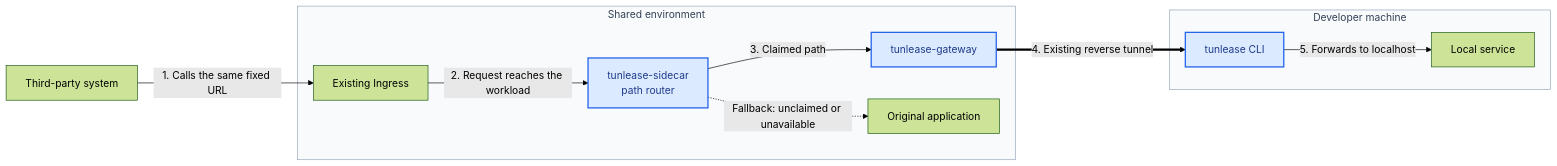
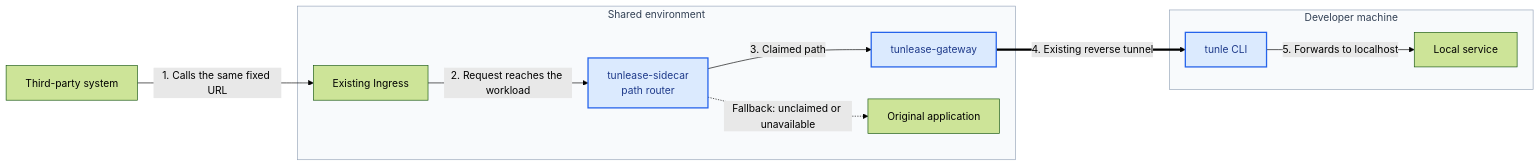
The diagram in README.md (iml885203/tunlease), drawn with Mermaid (forest theme) before and after one commit. The commit also changed other lines of this file and 19 other files, not shown here.

First line of the commit message:
feat: shorten CLI command to `tunle`; minimal bore-style demo

````diff
--- a/README.md
+++ b/README.md
@@ -11,21 +11,21 @@
 ```mermaid
 flowchart LR
     ThirdParty[Third-party system] -->|"1. Calls the same fixed URL"| Ingress[Existing Ingress]
 
     subgraph Shared[Shared environment]
         Ingress -->|"2. Request reaches the workload"| Sidecar[tunlease-sidecar<br/>path router]
         Sidecar -->|"3. Claimed path"| Gateway[tunlease-gateway]
         Sidecar -.->|"Fallback: unclaimed or unavailable"| App[Original application]
     end
 
     subgraph Laptop[Developer machine]
-        CLI[tunlease CLI] -->|"5. Forwards to localhost"| Local[Local service]
+        CLI[tunle CLI] -->|"5. Forwards to localhost"| Local[Local service]
     end
 
     Gateway ==>|"4. Existing reverse tunnel"| CLI
 
     classDef tunlease fill:#dbeafe,stroke:#2563eb,color:#1e3a8a,stroke-width:2px;
     class CLI,Sidecar,Gateway tunlease;
     style Shared fill:#f8fafc,stroke:#94a3b8,color:#334155
     style Laptop fill:#f8fafc,stroke:#94a3b8,color:#334155
 ```
````
